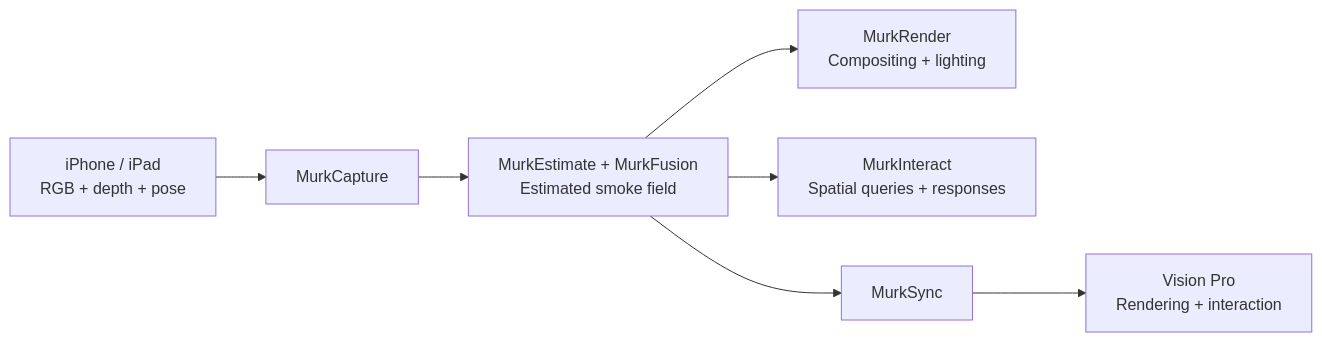
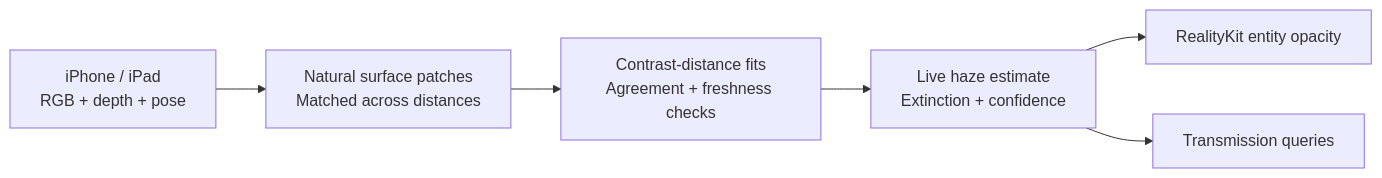
Before and after one commit to SAhmed229/MurkKit: the diagram in README.md, drawn with Mermaid. The commit also changed other lines of this file and 9 other files, not shown here.

Commit message:
feat: replace card capture with live room haze scanning

````diff
--- a/README.md
+++ b/README.md
@@ -63,9 +76,8 @@
 ```mermaid
 flowchart LR
-    A["iPhone / iPad<br/>RGB + depth + pose"] --> B["MurkCapture"]
-    B --> C["MurkEstimate + MurkFusion<br/>Estimated smoke field"]
-    C --> D["MurkRender<br/>Compositing + lighting"]
-    C --> E["MurkInteract<br/>Spatial queries + responses"]
-    C --> F["MurkSync"]
-    F --> G["Vision Pro<br/>Rendering + interaction"]
+    A["iPhone / iPad<br/>RGB + depth + pose"] --> B["Natural surface patches<br/>Matched across distances"]
+    B --> C["Contrast-distance fits<br/>Agreement + freshness checks"]
+    C --> D["Live haze estimate<br/>Extinction + confidence"]
+    D --> E["RealityKit entity opacity"]
+    D --> F["Transmission queries"]
 ```
````
